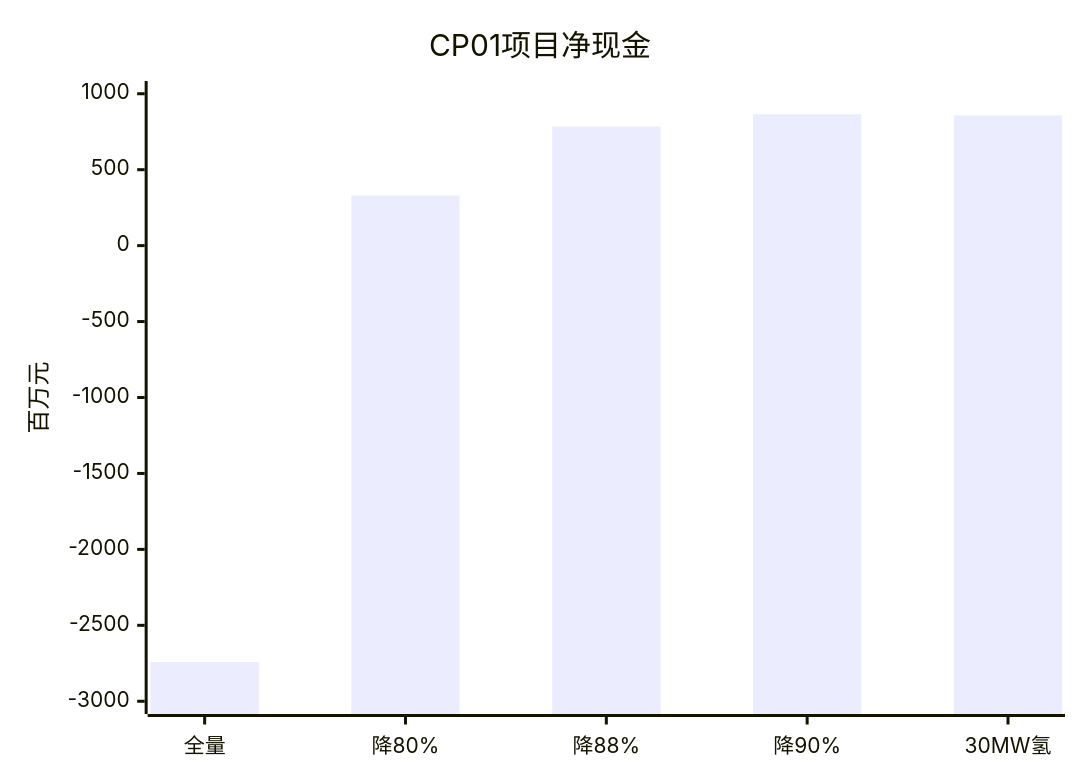
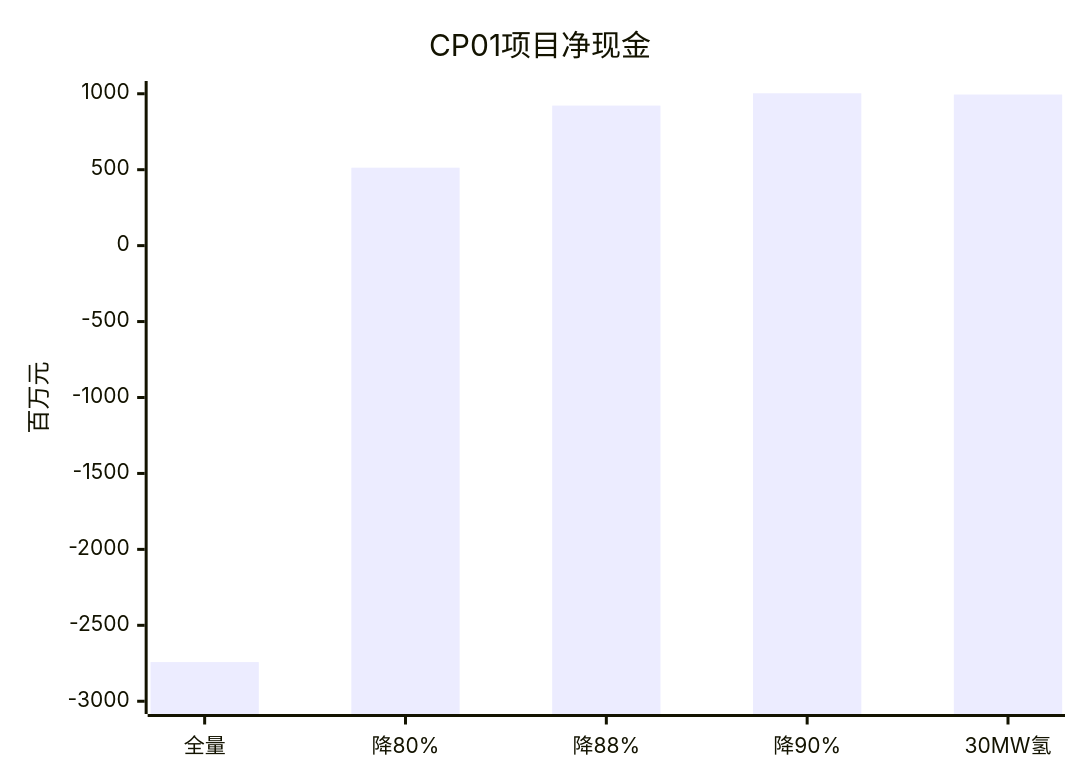
One commit to LIJunHong659/Blue-Ocean-Mode changed the sixth of 7 diagrams in C5/5.7混合最优策略短测试与年度运营分析/调度场景与多方案仿真结果分析.md. Above: the diagram before and after it, drawn with Mermaid. The commit also changed other lines of this file and 17 other files, not shown here.

````diff
--- a/C5/5.7混合最优策略短测试与年度运营分析/调度场景与多方案仿真结果分析.md
+++ b/C5/5.7混合最优策略短测试与年度运营分析/调度场景与多方案仿真结果分析.md
@@ -232,7 +232,7 @@
 ```mermaid
 xychart-beta
     title "CP01项目净现金"
     x-axis ["全量", "降80%", "降88%", "降90%", "30MW氢"]
     y-axis "百万元" -3000 --> 1000
-    bar [-2742.143, 329.903, 783.933, 865.025, 856.858]
+    bar [-2742.143, 513.094, 922.069, 1003.161, 994.994]
 ```
````
